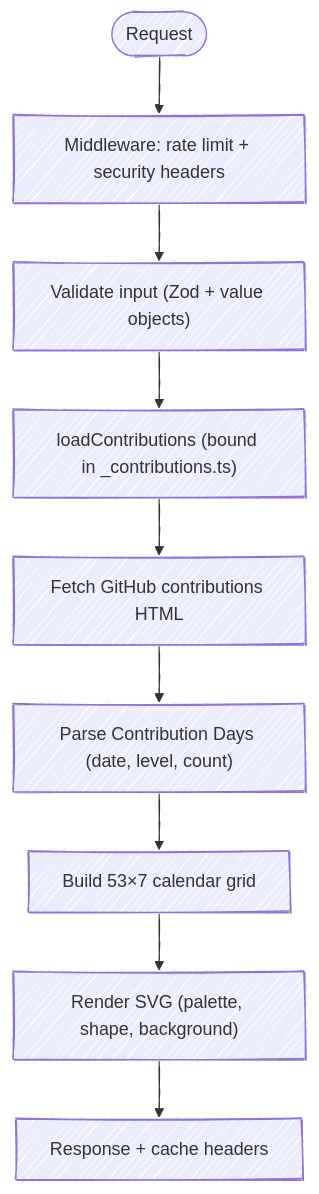
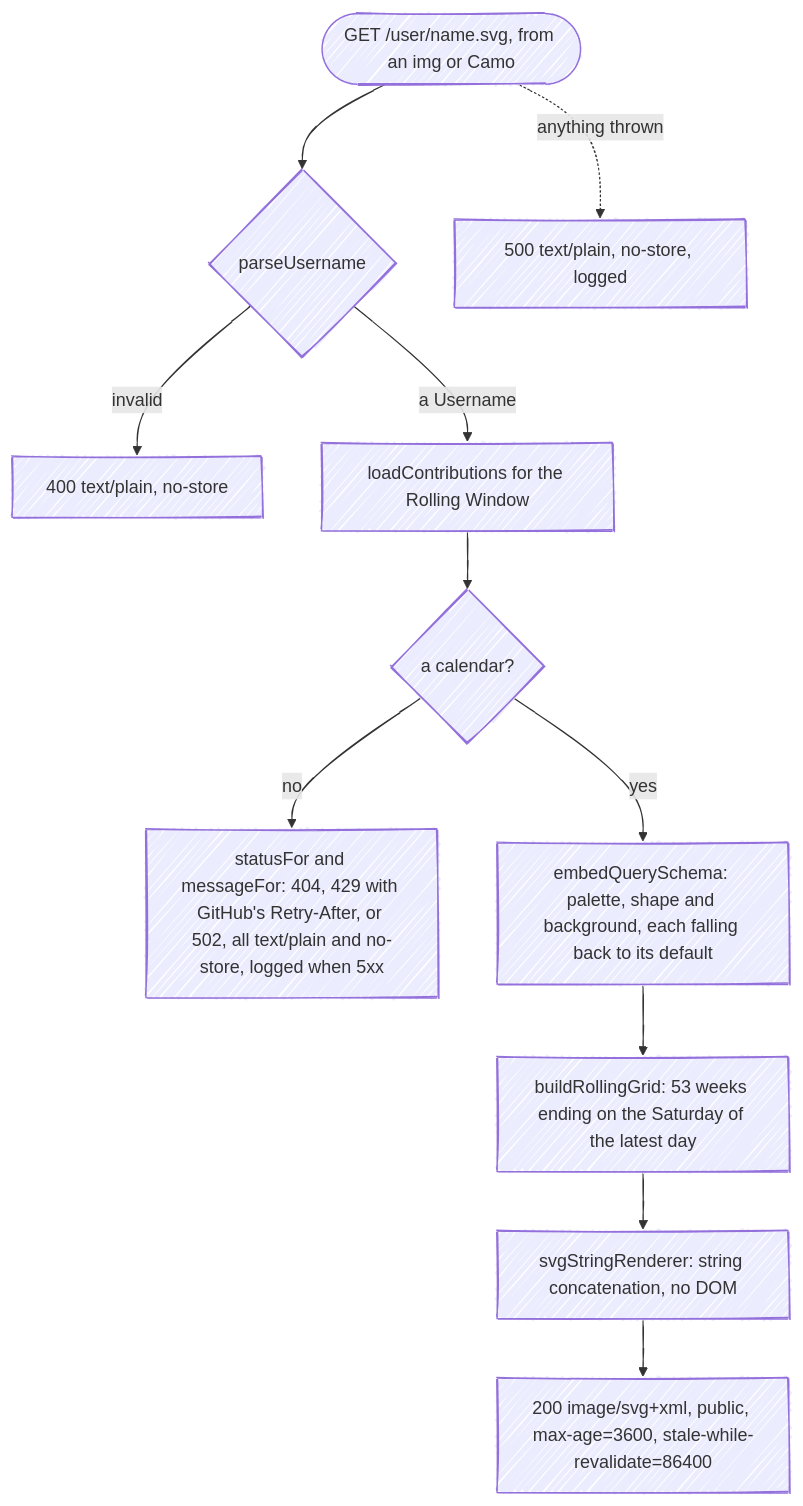
One commit to fbuireu/contribKit changed the fourth of 7 diagrams in docs/wiki/How-It-Works.md. Above: the diagram before and after it, drawn with Mermaid. The commit also changed other lines of this file and 6 other files, not shown here.

Commit message:
docs: follow each web and app flow end to end, with its failures and its caching in place

````diff
--- a/docs/wiki/How-It-Works.md
+++ b/docs/wiki/How-It-Works.md
@@ -9,19 +151,18 @@
 ```mermaid
 ---
 config:
   look: handDrawn
   layout: dagre
 ---
 flowchart TD
-    request(["Request"])
-    middleware["Middleware: rate limit + security headers"]
-    validate["Validate input (Zod + value objects)"]
-    usecase["loadContributions (bound in _contributions.ts)"]
-    scrape["Fetch GitHub contributions HTML"]
-    parse["Parse Contribution Days (date, level, count)"]
-    grid["Build 53×7 calendar grid"]
-    render["Render SVG (palette, shape, background)"]
-    respond["Response + cache headers"]
-
-    request --> middleware --> validate --> usecase --> scrape --> parse --> grid --> render --> respond
+    request(["GET /user/name.svg, from an img or Camo"]) --> username{"parseUsername"}
+    username -->|"invalid"| bad["400 text/plain, no-store"]
+    username -->|"a Username"| fetch["loadContributions for the Rolling Window"]
+    fetch --> ok{"a calendar?"}
+    ok -->|"no"| failed["statusFor and messageFor: 404, 429 with GitHub's Retry-After, or 502, all text/plain and no-store, logged when 5xx"]
+    ok -->|"yes"| options["embedQuerySchema: palette, shape and background, each falling back to its default"]
+    options --> grid["buildRollingGrid: 53 weeks ending on the Saturday of the latest day"]
+    grid --> svg["svgStringRenderer: string concatenation, no DOM"]
+    svg --> answer["200 image/svg+xml, public, max-age=3600, stale-while-revalidate=86400"]
+    request -. "anything thrown" .-> boom["500 text/plain, no-store, logged"]
 ```
````
